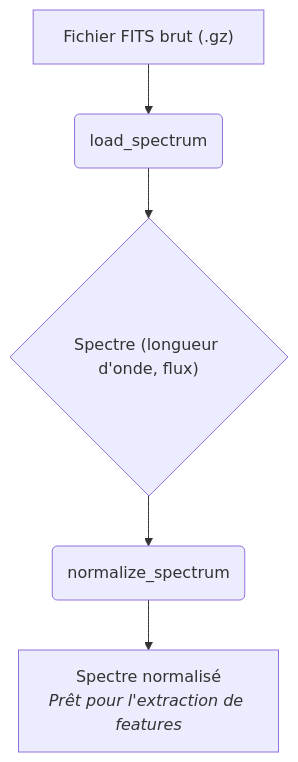
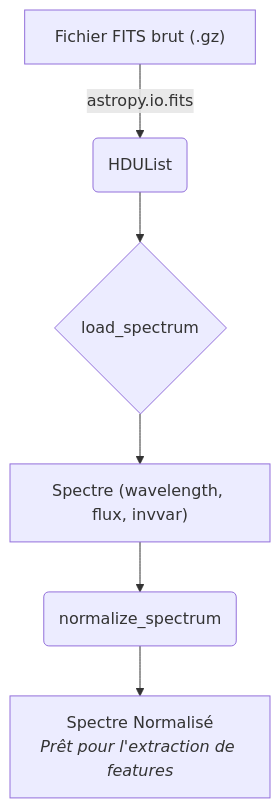
Before and after one commit to PhD-Brown/AstroSpectro: the diagram in website/docs/api/preprocessor.mdx, drawn with Mermaid. The commit also changed other lines of this file and 33 other files, not shown here.

````diff
--- a/website/docs/api/preprocessor.mdx
+++ b/website/docs/api/preprocessor.mdx
@@ -22,7 +22,8 @@
 ```mermaid
 graph TD
-    A["Fichier FITS brut (.gz)"] --> B(load_spectrum);
-    B --> C{"Spectre (longueur d'onde, flux)"};
-    C --> D(normalize_spectrum);
-    D --> E[Spectre normalisé<br><i>Prêt pour l'extraction de features</i>];
+    A["Fichier FITS brut (.gz)"] -->|astropy.io.fits| B(HDUList);
+    B --> C{load_spectrum};
+    C --> D["Spectre (wavelength, flux, invvar)"];
+    D --> E(normalize_spectrum);
+    E --> F[Spectre Normalisé<br><i>Prêt pour l'extraction de features</i>];
 ```
````
